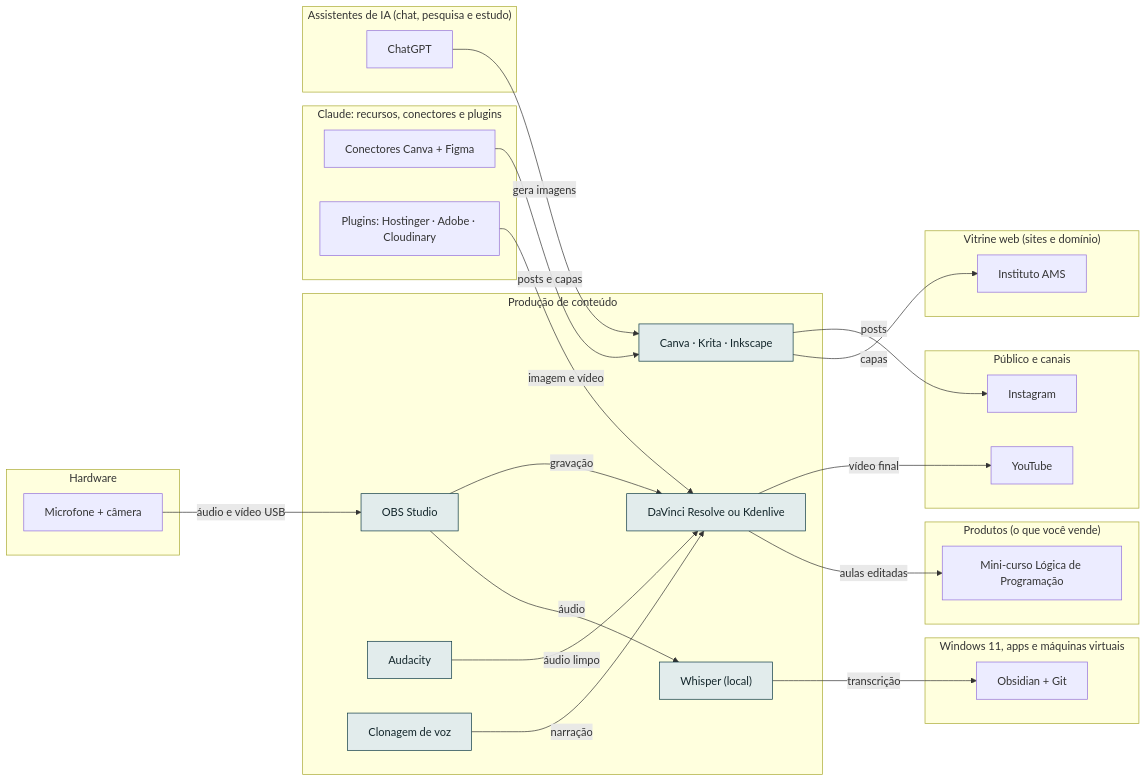
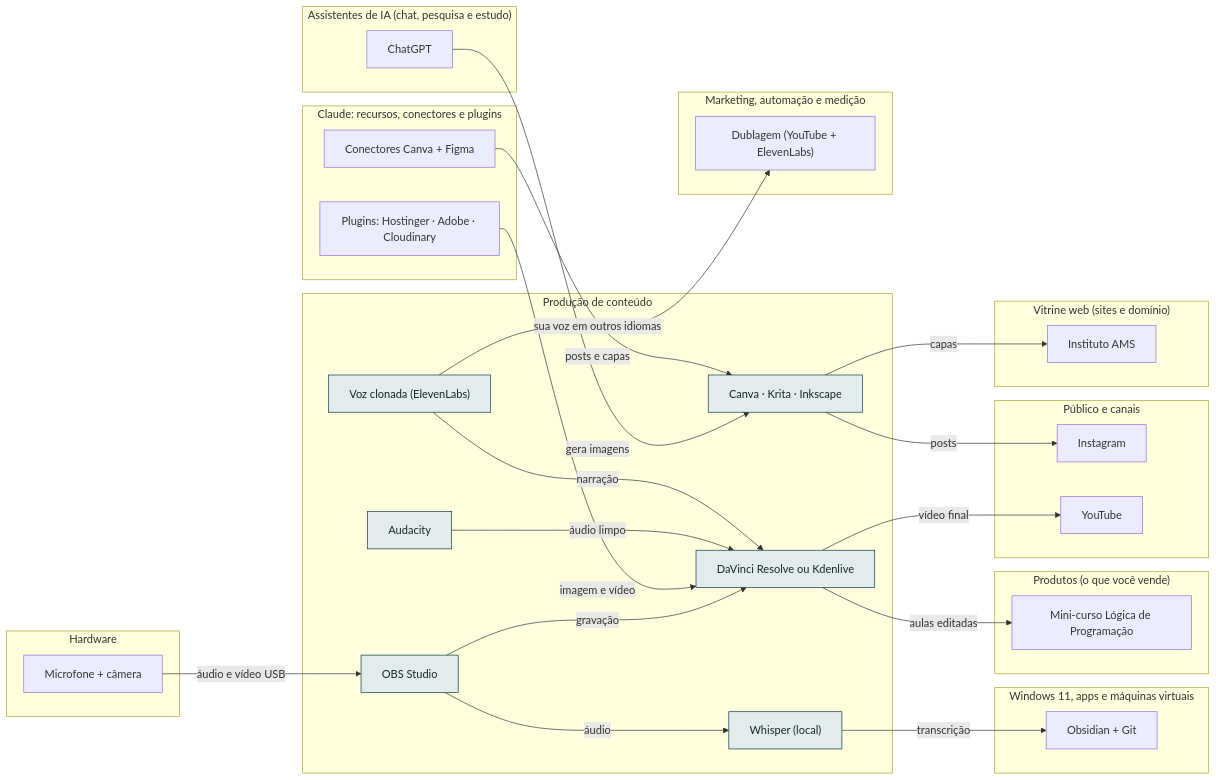
One commit to AlanMateus17/dev-setup changed the diagram in docs/camadas/12-cont.md. Above: the diagram before and after it, drawn with Mermaid. The commit also changed other lines of this file and 33 other files, not shown here.

First line of the commit message:
feat: camada de marketing, automação e medição

````diff
--- a/docs/camadas/12-cont.md
+++ b/docs/camadas/12-cont.md
@@ -14,49 +14,53 @@
 ```mermaid
 flowchart LR
   subgraph L_cont["Produção de conteúdo"]
     n_obss["OBS Studio"]
     n_edit["DaVinci Resolve ou Kdenlive"]
     n_aud["Audacity"]
     n_img["Canva · Krita · Inkscape"]
     n_whis["Whisper (local)"]
-    n_voz["Clonagem de voz"]
+    n_voz["Voz clonada (ElevenLabs)"]
   end
   subgraph L_pub["Público e canais"]
     n_ig["Instagram"]
     n_yt["YouTube"]
+  end
+  subgraph L_mkt["Marketing, automação e medição"]
+    n_dub["Dublagem (YouTube + ElevenLabs)"]
   end
   subgraph L_web["Vitrine web (sites e domínio)"]
     n_inst["Instituto AMS"]
   end
   subgraph L_prod["Produtos (o que você vende)"]
     n_curso["Mini-curso Lógica de Programação"]
   end
   subgraph L_clc["Claude: recursos, conectores e plugins"]
     n_ccan["Conectores Canva + Figma"]
     n_phst["Plugins: Hostinger · Adobe · Cloudinary"]
   end
   subgraph L_chat["Assistentes de IA (chat, pesquisa e estudo)"]
     n_gpt["ChatGPT"]
   end
   subgraph L_win["Windows 11, apps e máquinas virtuais"]
     n_obsd["Obsidian + Git"]
   end
   subgraph L_hw["Hardware"]
     n_mic["Microfone + câmera"]
   end
   n_obss -->|"gravação"| n_edit
   n_obss -->|"áudio"| n_whis
   n_mic -->|"áudio e vídeo USB"| n_obss
   n_edit -->|"vídeo final"| n_yt
   n_edit -->|"aulas editadas"| n_curso
   n_phst -->|"imagem e vídeo"| n_edit
   n_aud -->|"áudio limpo"| n_edit
   n_voz -->|"narração"| n_edit
   n_img -->|"posts"| n_ig
   n_img -->|"capas"| n_inst
   n_gpt -->|"gera imagens"| n_img
   n_ccan -->|"posts e capas"| n_img
   n_whis -->|"transcrição"| n_obsd
+  n_voz -->|"sua voz em outros idiomas"| n_dub
   classDef desta fill:#e2ecec,stroke:#0e3a45,color:#13262b
   class n_obss,n_edit,n_aud,n_img,n_whis,n_voz desta
 ```
````
